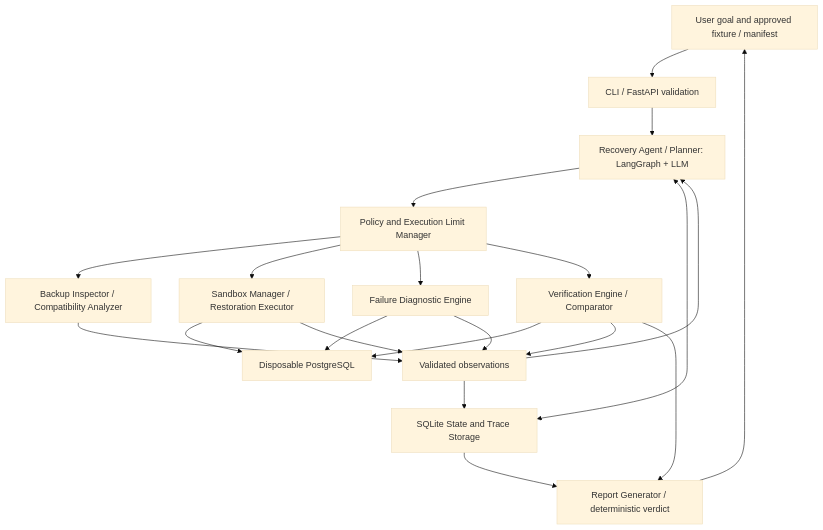
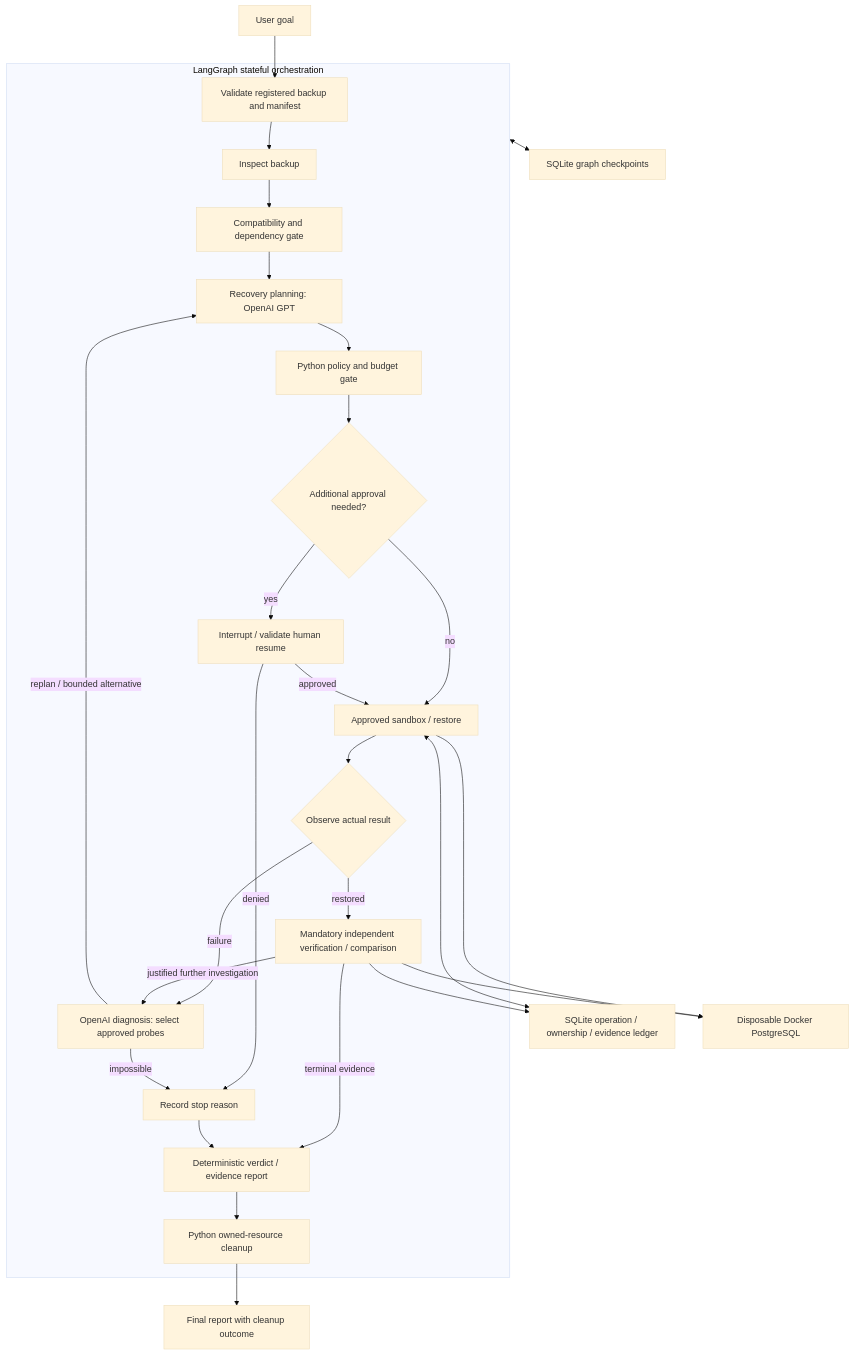
The diagram in reports/proposal.md (ZxZxZ143/css4007-ai-agents-final-yevgenii-kurlykov), drawn with Mermaid (base theme) before and after one commit. The commit also changed other lines of this file and 4 other files, not shown here.

Commit message:
docs: finalize LangGraph and OpenAI architecture with safe checkpoint recovery

````diff
--- a/reports/proposal.md
+++ b/reports/proposal.md
@@ -90,23 +109,30 @@
 ```mermaid
 flowchart TD
-    U[User goal and approved fixture / manifest] --> API[CLI / FastAPI validation]
-    API --> A[Recovery Agent / Planner: LangGraph + LLM]
-    A --> P[Policy and Execution Limit Manager]
-    P --> I[Backup Inspector / Compatibility Analyzer]
-    P --> S[Sandbox Manager / Restoration Executor]
-    P --> D[Failure Diagnostic Engine]
-    P --> V[Verification Engine / Comparator]
-    S --> DB[Disposable PostgreSQL]
-    D --> DB
+    U[User goal] --> IN[Validate registered backup and manifest]
+    subgraph LG[LangGraph stateful orchestration]
+        IN --> I[Inspect backup]
+        I --> C[Compatibility and dependency gate]
+        C --> P[Recovery planning: OpenAI GPT]
+        P --> G[Python policy and budget gate]
+        G --> H{Additional approval needed?}
+        H -->|yes| A[Interrupt / validate human resume]
+        H -->|no| S[Approved sandbox / restore]
+        A -->|approved| S
+        A -->|denied| STOP[Record stop reason]
+        S --> O{Observe actual result}
+        O -->|restored| V[Mandatory independent verification / comparison]
+        O -->|failure| D[OpenAI diagnosis: select approved probes]
+        D -->|replan / bounded alternative| P
+        D -->|impossible| STOP
+        V -->|justified further investigation| D
+        V -->|terminal evidence| R[Deterministic verdict / evidence report]
+        STOP --> R
+        R --> CL[Python owned-resource cleanup]
+    end
+    LG <--> CP[SQLite graph checkpoints]
+    S <--> LED[SQLite operation / ownership / evidence ledger]
+    V --> LED
+    S --> DB[Disposable Docker PostgreSQL]
     V --> DB
-    I --> O[Validated observations]
-    S --> O
-    D --> O
-    V --> O
-    O --> A
-    A <--> ST[SQLite State and Trace Storage]
-    O --> ST
-    ST --> R[Report Generator / deterministic verdict]
-    V --> R
-    R --> U
+    CL --> OUT[Final report with cleanup outcome]
 ```
````
